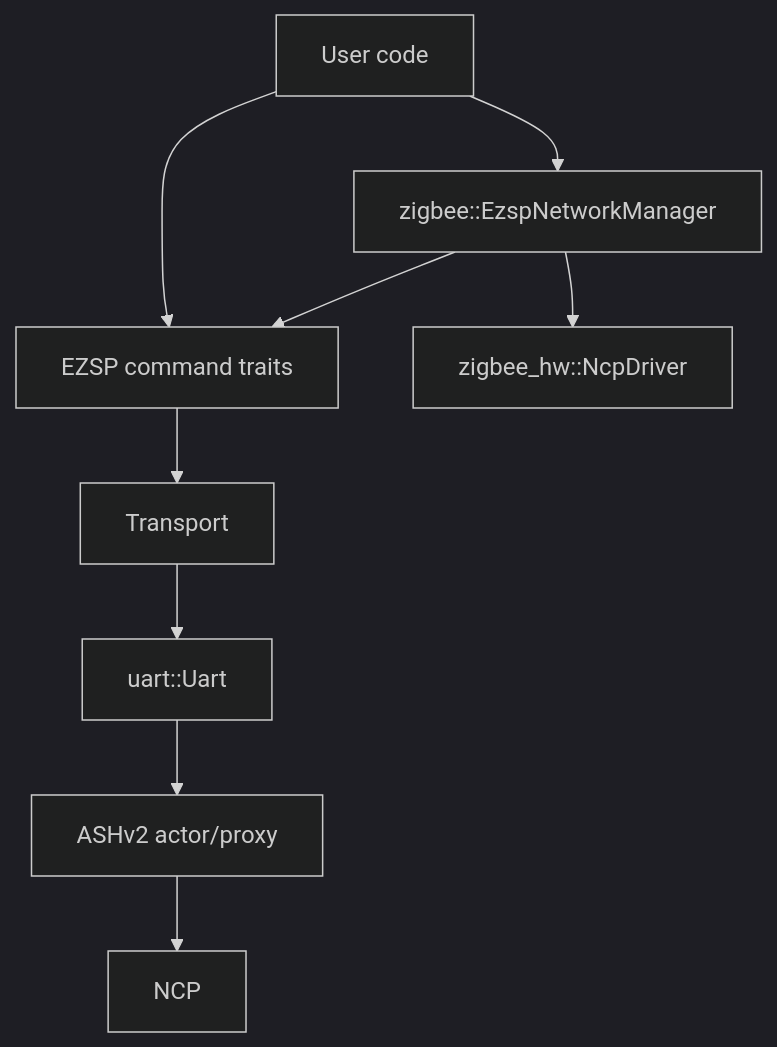
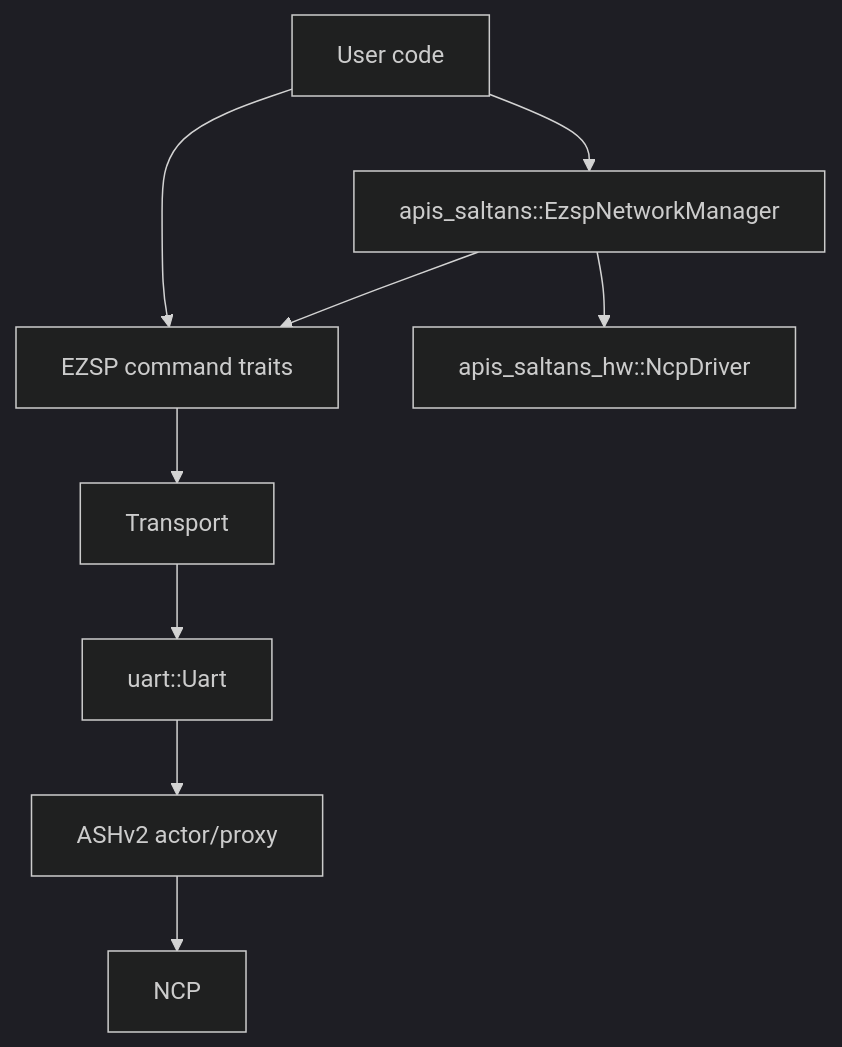
Before and after one commit to PaulmannLighting/ezsp: the diagram in ARCHITECTURE.md, drawn with Mermaid (dark theme). The commit also changed other lines of this file and 1 other file, not shown here.

````diff
--- a/ARCHITECTURE.md
+++ b/ARCHITECTURE.md
@@ -23,12 +23,12 @@
 ```mermaid
 flowchart TD
     A[User code] --> B[EZSP command traits]
     B --> C[Transport]
     C --> D[uart::Uart]
     D --> E[ASHv2 actor/proxy]
     E --> F[NCP]
 
-    A --> G[zigbee::EzspNetworkManager]
+    A --> G[apis_saltans::EzspNetworkManager]
     G --> B
-    G --> H[zigbee_hw::NcpDriver]
+    G --> H[apis_saltans_hw::NcpDriver]
 ```
````
